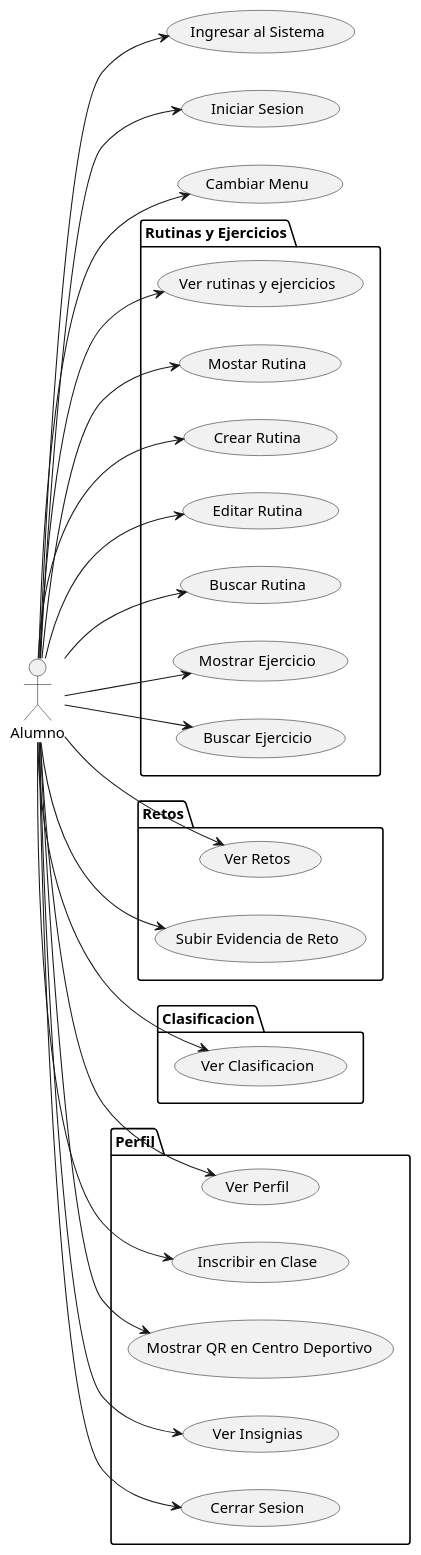
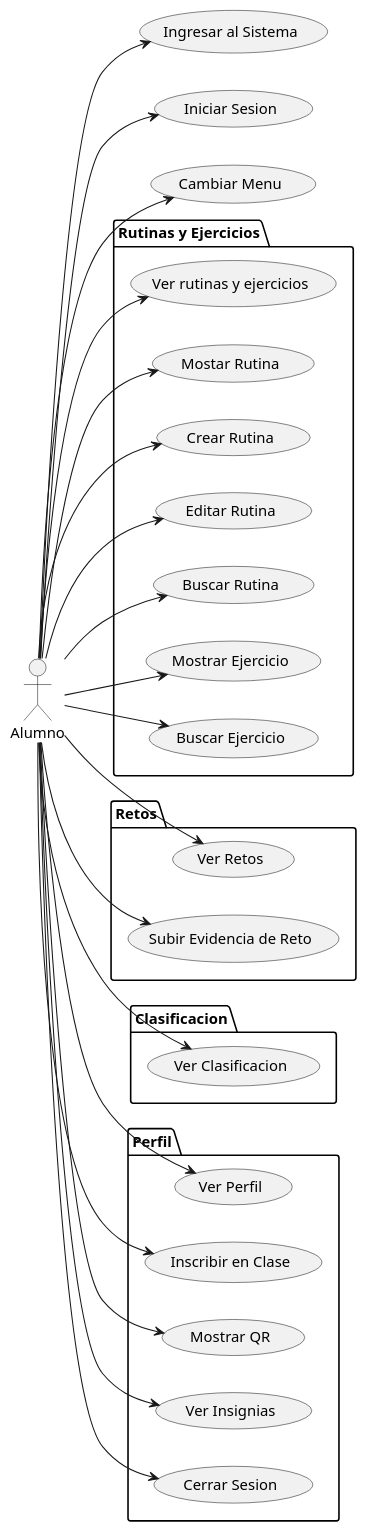
One commit to mmasias/24-25-IdSw1-SDR changed the diagram in Documentos/CasosUso/CdU_Alumno.puml. Above: the diagram before and after it, drawn with PlantUML. The commit also changed 11 other files, not shown here.

```diff
--- a/Documentos/CasosUso/CdU_Alumno.puml
+++ b/Documentos/CasosUso/CdU_Alumno.puml
@@ -1,64 +1,64 @@
 @startuml CdU_Alumno
 left to right direction
 
 actor Alumno
 
 package "Rutinas y Ejercicios" {
     usecase "Ver rutinas y ejercicios" as IrARutinasYEjercicios
 
    
         usecase "Mostar Rutina" as MostrarRutina
         usecase "Crear Rutina" as CrearRutina
         usecase "Editar Rutina" as EditarRutina
         usecase "Buscar Rutina" as BuscarRutina
         usecase "Mostrar Ejercicio" as MostrarEjercicio
         usecase "Buscar Ejercicio" as BuscarEjercicio
     
 }
 
 package Retos {
     usecase "Ver Retos" as IrARetos
     usecase "Subir Evidencia de Reto" as SubirEvidencia
 }
 
 package Clasificacion {
     usecase "Ver Clasificacion" as IrAClasificacion
 }
 
 package Perfil {
     usecase "Ver Perfil" as IrAPerfil
     usecase "Inscribir en Clase" as InscribirEnClase
-    usecase "Mostrar QR en Centro Deportivo" as MostrarQRCentros
+    usecase "Mostrar QR" as MostrarQRCentros
     usecase "Ver Insignias" as VerInsignias
     usecase "Cerrar Sesion" as CerrarSesion
 }
 
 usecase "Ingresar al Sistema" as IngresarAlSistema
 usecase "Iniciar Sesion" as IniciarSesion
 
 usecase "Cambiar Menu" as CambiarMenu
 
 Alumno --> IngresarAlSistema
 Alumno --> IniciarSesion
 Alumno --> CerrarSesion
 Alumno --> CambiarMenu
 
 Alumno --> IrARutinasYEjercicios
 Alumno --> MostrarRutina
 Alumno --> CrearRutina
 Alumno --> EditarRutina
 Alumno --> MostrarEjercicio
 Alumno --> BuscarEjercicio
 Alumno --> BuscarRutina
 
 Alumno --> IrARetos
 Alumno --> SubirEvidencia
 
 Alumno --> IrAClasificacion
 
 Alumno --> IrAPerfil
 Alumno --> InscribirEnClase
 Alumno --> MostrarQRCentros
 Alumno --> VerInsignias
 
 @enduml
```
